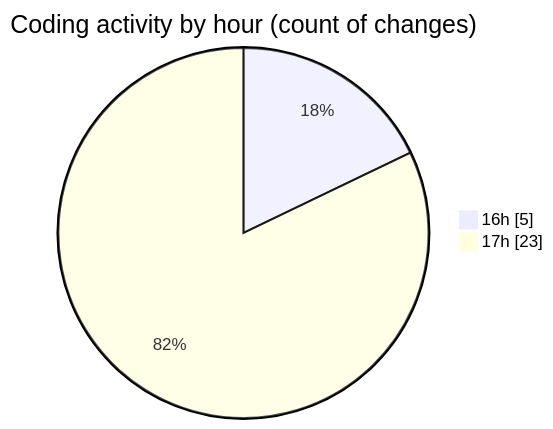
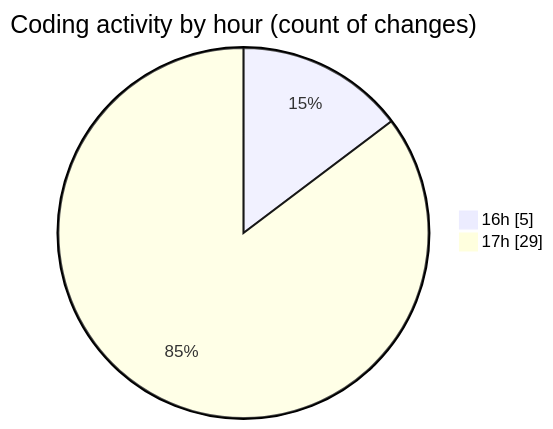
One commit to robertbonfada/code-tracking changed the second of 2 diagrams in 2025-01-10/mbc-web/README.md. Above: the diagram before and after it, drawn with Mermaid. The commit also changed other lines of this file and 1 other file, not shown here.

````diff
--- a/2025-01-10/mbc-web/README.md
+++ b/2025-01-10/mbc-web/README.md
@@ -32,6 +32,6 @@
 ```mermaid
 pie showData
 title Coding activity by hour (count of changes)
 "16h" : 5
-"17h" : 23
+"17h" : 29
 ```
````
